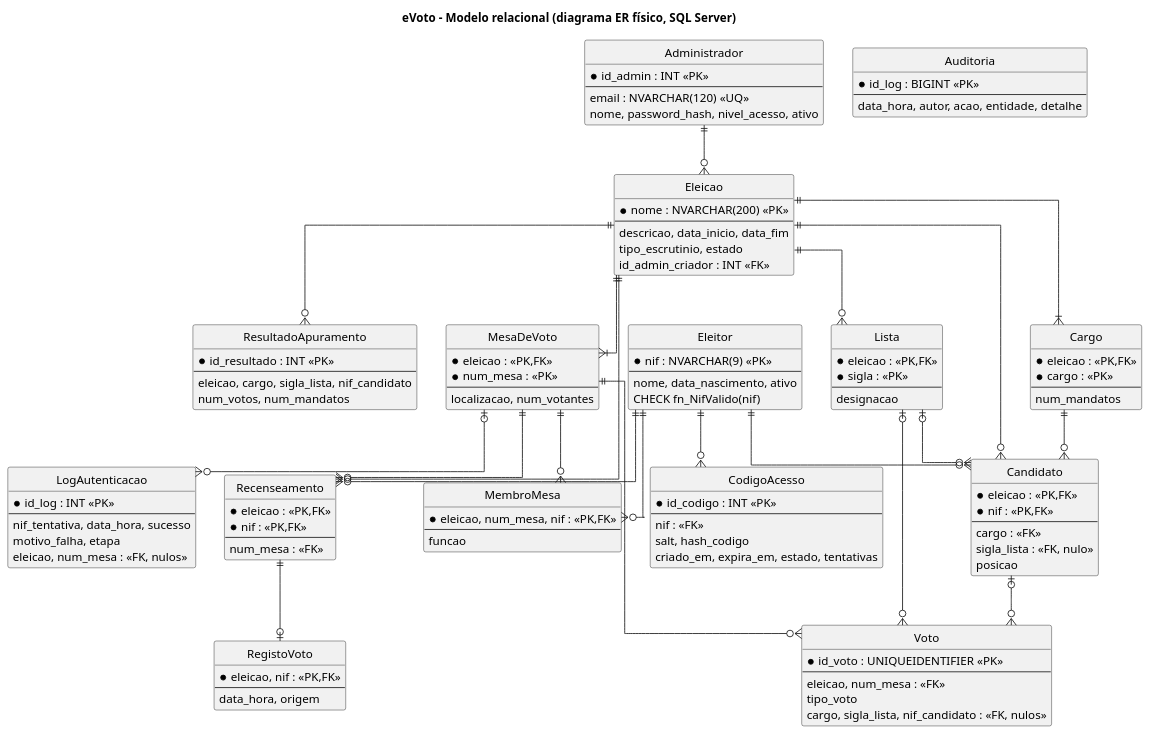
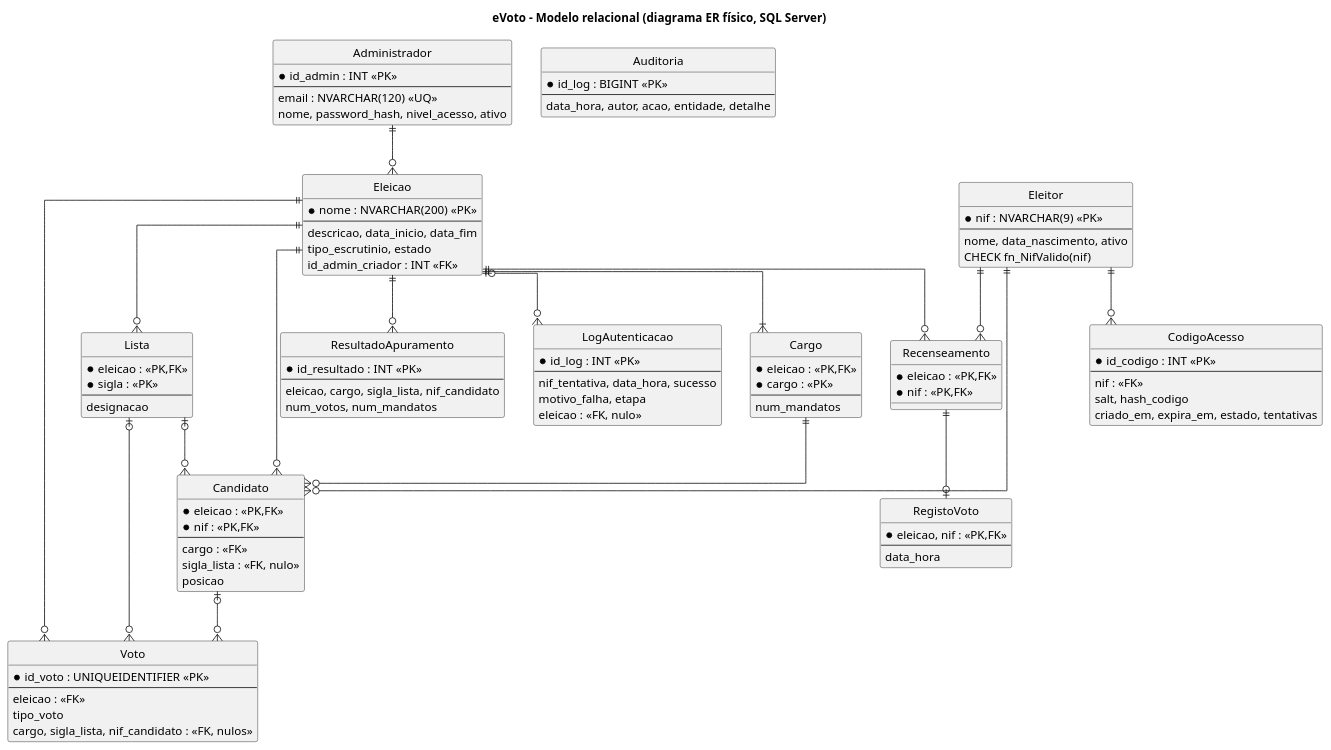
The diagram in docs/uml/07_modelo_relacional_er.puml (Prreira/BDD_Project), drawn with PlantUML before and after one commit. The commit also changed 25 other files, not shown here.

```diff
--- a/docs/uml/07_modelo_relacional_er.puml
+++ b/docs/uml/07_modelo_relacional_er.puml
@@ -1,120 +1,103 @@
 @startuml
 title eVoto - Modelo relacional (diagrama ER físico, SQL Server)
 hide circles
 skinparam linetype ortho
 
 entity "Administrador" as AD {
   * id_admin : INT <<PK>>
   --
   email : NVARCHAR(120) <<UQ>>
   nome, password_hash, nivel_acesso, ativo
 }
 entity "Eleicao" as EL {
   * nome : NVARCHAR(200) <<PK>>
   --
   descricao, data_inicio, data_fim
   tipo_escrutinio, estado
   id_admin_criador : INT <<FK>>
 }
 entity "Cargo" as CG {
   * eleicao : <<PK,FK>>
   * cargo : <<PK>>
   --
   num_mandatos
 }
 entity "Lista" as LI {
   * eleicao : <<PK,FK>>
   * sigla : <<PK>>
   --
   designacao
 }
 entity "Eleitor" as E {
   * nif : NVARCHAR(9) <<PK>>
   --
   nome, data_nascimento, ativo
   CHECK fn_NifValido(nif)
 }
-entity "MesaDeVoto" as M {
-  * eleicao : <<PK,FK>>
-  * num_mesa : <<PK>>
-  --
-  localizacao, num_votantes
-}
 entity "Recenseamento" as R {
   * eleicao : <<PK,FK>>
   * nif : <<PK,FK>>
-  --
-  num_mesa : <<FK>>
 }
 entity "Candidato" as C {
   * eleicao : <<PK,FK>>
   * nif : <<PK,FK>>
   --
   cargo : <<FK>>
   sigla_lista : <<FK, nulo>>
   posicao
 }
-entity "MembroMesa" as MM {
-  * eleicao, num_mesa, nif : <<PK,FK>>
-  --
-  funcao
-}
 entity "RegistoVoto" as RV {
   * eleicao, nif : <<PK,FK>>
   --
-  data_hora, origem
+  data_hora
 }
 entity "Voto" as V {
   * id_voto : UNIQUEIDENTIFIER <<PK>>
   --
-  eleicao, num_mesa : <<FK>>
+  eleicao : <<FK>>
   tipo_voto
   cargo, sigla_lista, nif_candidato : <<FK, nulos>>
 }
 entity "ResultadoApuramento" as RA {
   * id_resultado : INT <<PK>>
   --
   eleicao, cargo, sigla_lista, nif_candidato
   num_votos, num_mandatos
 }
 entity "CodigoAcesso" as CA {
   * id_codigo : INT <<PK>>
   --
   nif : <<FK>>
   salt, hash_codigo
   criado_em, expira_em, estado, tentativas
 }
 entity "LogAutenticacao" as LA {
   * id_log : INT <<PK>>
   --
   nif_tentativa, data_hora, sucesso
   motivo_falha, etapa
-  eleicao, num_mesa : <<FK, nulos>>
+  eleicao : <<FK, nulo>>
 }
 entity "Auditoria" as AU {
   * id_log : BIGINT <<PK>>
   --
   data_hora, autor, acao, entidade, detalhe
 }
 
 AD ||--o{ EL
 EL ||--|{ CG
 EL ||--o{ LI
-EL ||--|{ M
 EL ||--o{ R
 E  ||--o{ R
-M  ||--o{ R
 EL ||--o{ C
 E  ||--o{ C
 CG ||--o{ C
 LI |o--o{ C
-M  ||--o{ MM
-E  ||--o{ MM
 R  ||--o| RV
-M  ||--o{ V
+EL ||--o{ V
 LI |o--o{ V
 C  |o--o{ V
 EL ||--o{ RA
 E  ||--o{ CA
-M  |o--o{ LA
+EL |o--o{ LA
 @enduml
```
